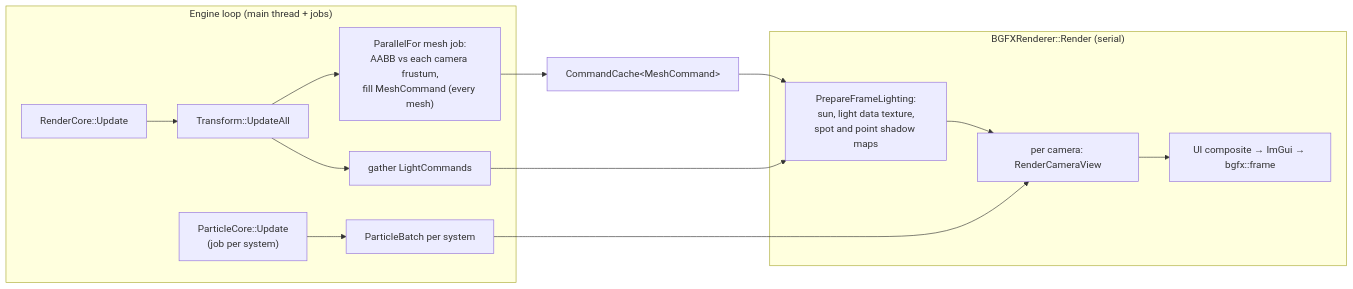
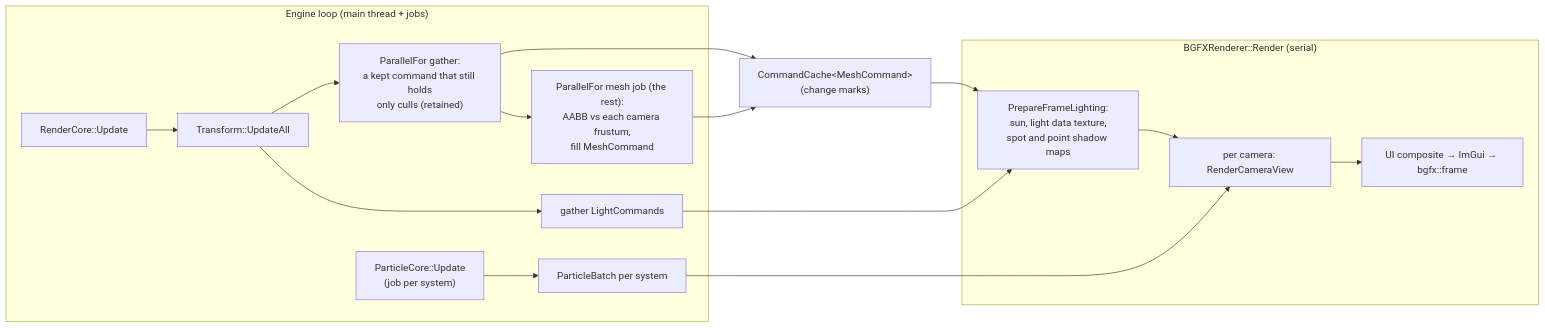
One commit to wobbier/MitchEngine changed the diagram in Docs/Rendering-Pipeline.md. Above: the diagram before and after it, drawn with Mermaid. The commit also changed other lines of this file and 9 other files, not shown here.

````diff
--- a/Docs/Rendering-Pipeline.md
+++ b/Docs/Rendering-Pipeline.md
@@ -71,17 +72,19 @@
 ```mermaid
 flowchart LR
     subgraph ECS["Engine loop (main thread + jobs)"]
         PC["ParticleCore::Update<br/>(job per system)"] --> PB["ParticleBatch per system"]
         RC["RenderCore::Update"] --> TU["Transform::UpdateAll"]
         TU --> LG["gather LightCommands"]
-        TU --> MJ["ParallelFor mesh job:<br/>AABB vs each camera frustum,<br/>fill MeshCommand (every mesh)"]
+        TU --> GA["ParallelFor gather:<br/>a kept command that still holds<br/>only culls (retained)"]
+        GA --> MJ["ParallelFor mesh job (the rest):<br/>AABB vs each camera frustum,<br/>fill MeshCommand"]
     end
-    MJ --> MC["CommandCache&lt;MeshCommand&gt;"]
+    GA --> MC["CommandCache&lt;MeshCommand&gt;<br/>(change marks)"]
+    MJ --> MC
     subgraph R["BGFXRenderer::Render (serial)"]
         F["PrepareFrameLighting:<br/>sun, light data texture,<br/>spot and point shadow maps"] --> C["per camera: RenderCameraView"]
         C --> P["UI composite → ImGui → bgfx::frame"]
     end
     MC --> F
     LG --> F
     PB --> C
 ```
````
